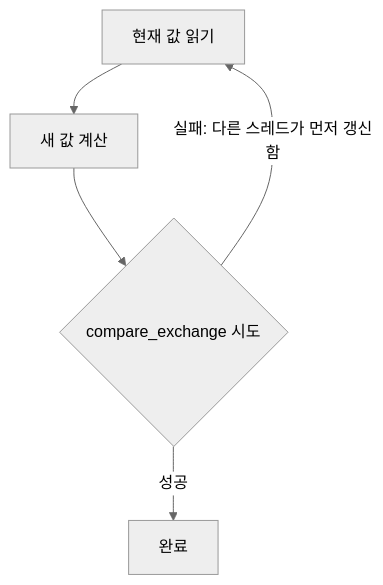
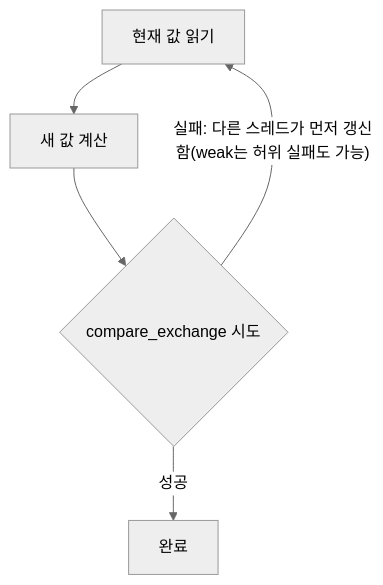
One commit to 42jerrykim/42jerrykim.github.io changed the first of 2 diagrams in content/collection/optimization-07-concurrency/05-lock-free-fundamentals/index.md. Above: the diagram before and after it, drawn with Mermaid (neutral theme). The commit also changed other lines of this file and 1 other file, not shown here.

````diff
--- a/content/collection/optimization-07-concurrency/05-lock-free-fundamentals/index.md
+++ b/content/collection/optimization-07-concurrency/05-lock-free-fundamentals/index.md
@@ -136,7 +136,7 @@
 ```mermaid
 flowchart TD
   readValue["현재 값 읽기"] --> computeNew["새 값 계산"]
   computeNew --> casAttempt{"compare_exchange 시도"}
   casAttempt -- "성공" --> finish["완료"]
-  casAttempt -- "실패: 다른 스레드가 먼저 갱신함" --> readValue
+  casAttempt -- "실패: 다른 스레드가 먼저 갱신함(weak는 허위 실패도 가능)" --> readValue
 ```
````
